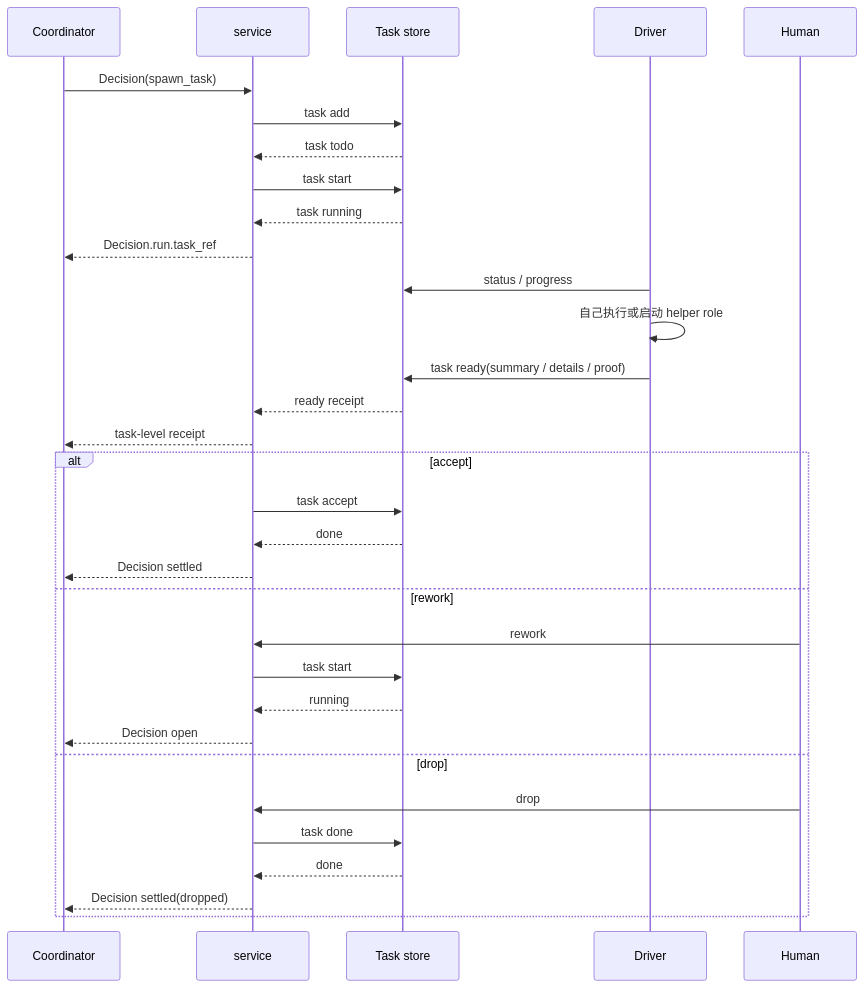
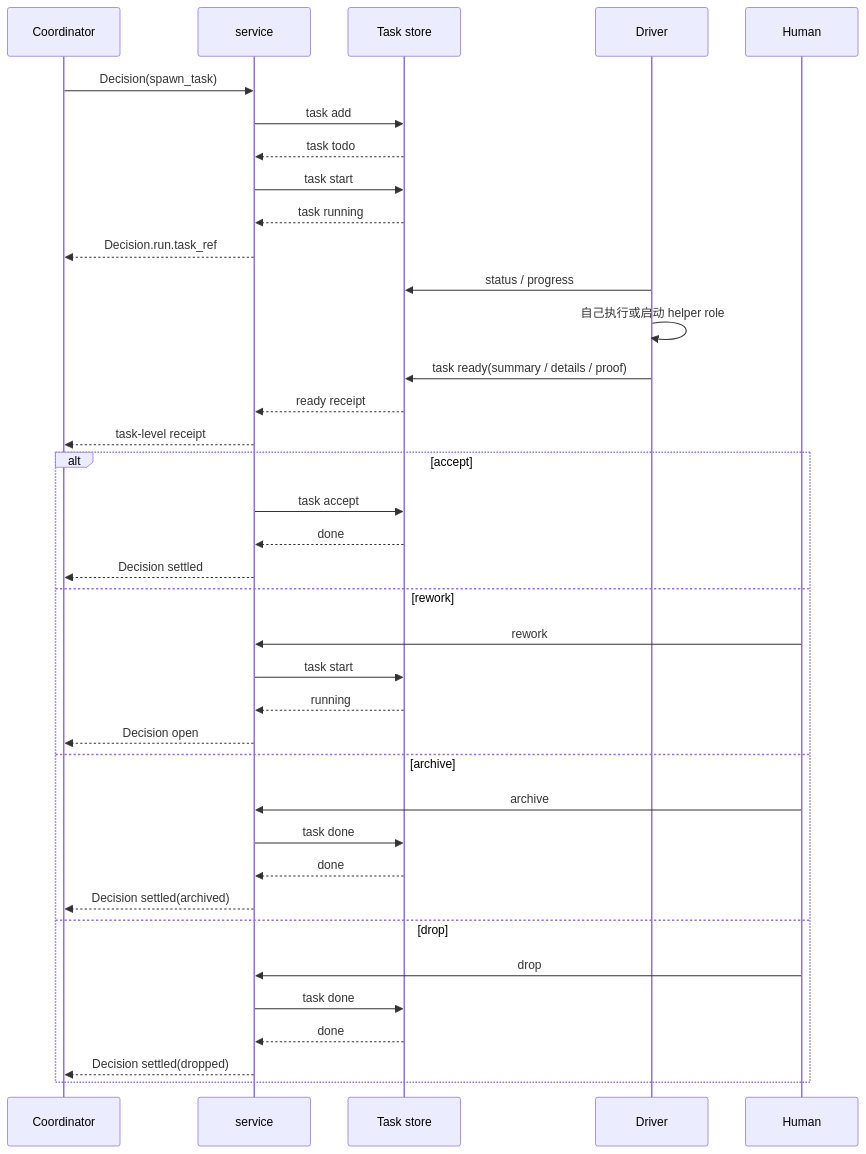
Before and after one commit to iodone/collie: the second of 2 diagrams in docs/TASK-LIFECYCLE.md, drawn with Mermaid. The commit also changed other lines of this file and 62 other files, not shown here.

````diff
--- a/docs/TASK-LIFECYCLE.md
+++ b/docs/TASK-LIFECYCLE.md
@@ -167,38 +287,43 @@
 ```mermaid
 sequenceDiagram
   participant C as Coordinator
   participant S as service
   participant T as Task store
   participant D as Driver
   participant H as Human
 
   C->>S: Decision(spawn_task)
   S->>T: task add
   T-->>S: task todo
   S->>T: task start
   T-->>S: task running
   S-->>C: Decision.run.task_ref
 
   D->>T: status / progress
   D->>D: 自己执行或启动 helper role
   D->>T: task ready(summary / details / proof)
 
   T-->>S: ready receipt
   S-->>C: task-level receipt
 
   alt accept
     S->>T: task accept
     T-->>S: done
     S-->>C: Decision settled
   else rework
     H->>S: rework
     S->>T: task start
     T-->>S: running
     S-->>C: Decision open
+  else archive
+    H->>S: archive
+    S->>T: task done
+    T-->>S: done
+    S-->>C: Decision settled(archived)
   else drop
     H->>S: drop
     S->>T: task done
     T-->>S: done
     S-->>C: Decision settled(dropped)
   end
 ```
````
